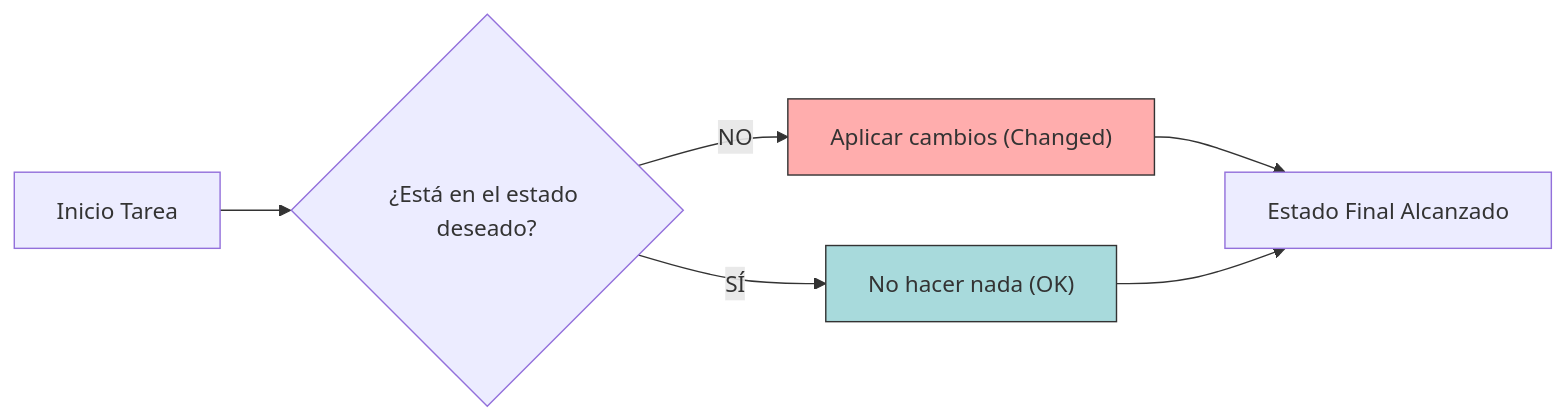
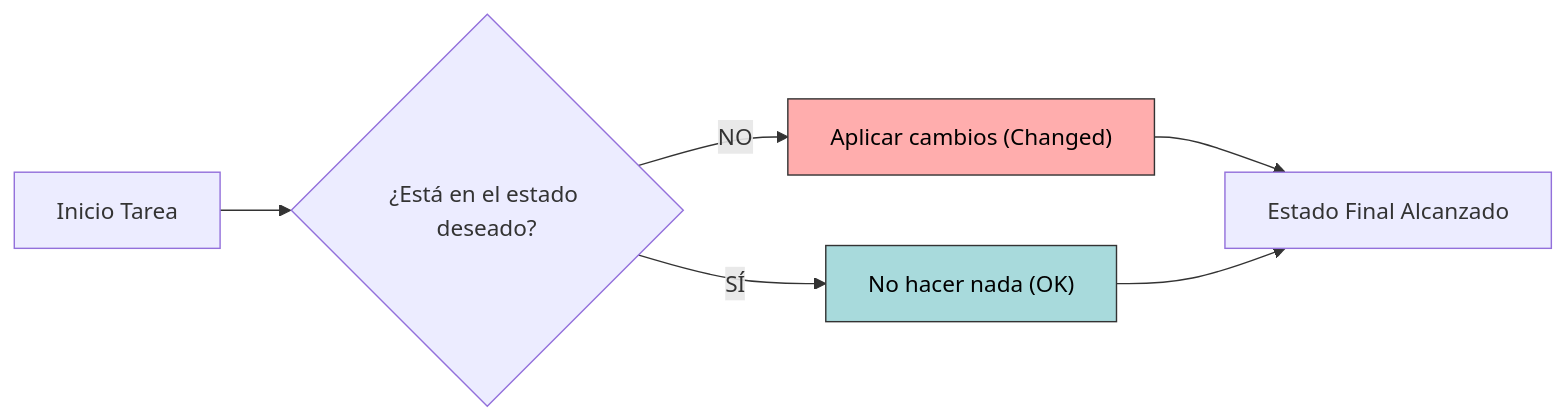
The seventh of 9 diagrams in docs/cursos/ansible/101.Introduccion.mdx (pabpereza/pabpereza), drawn with Mermaid before and after one commit. The commit also changed other lines of this file and 8 other files, not shown here.

````diff
--- a/docs/cursos/ansible/101.Introduccion.mdx
+++ b/docs/cursos/ansible/101.Introduccion.mdx
@@ -570,11 +570,11 @@
 ```mermaid
 flowchart LR
     A[Inicio Tarea] --> B{"¿Está en el estado deseado?"}
     B -- SÍ --> C["No hacer nada (OK)"]
     B -- NO --> D["Aplicar cambios (Changed)"]
     D --> E[Estado Final Alcanzado]
     C --> E
 
-    style C fill:#a8dadc,stroke:#333
-    style D fill:#ffadad,stroke:#333
+    style C fill:#a8dadc,stroke:#333,color:#000
+    style D fill:#ffadad,stroke:#333,color:#000
 ```
````
